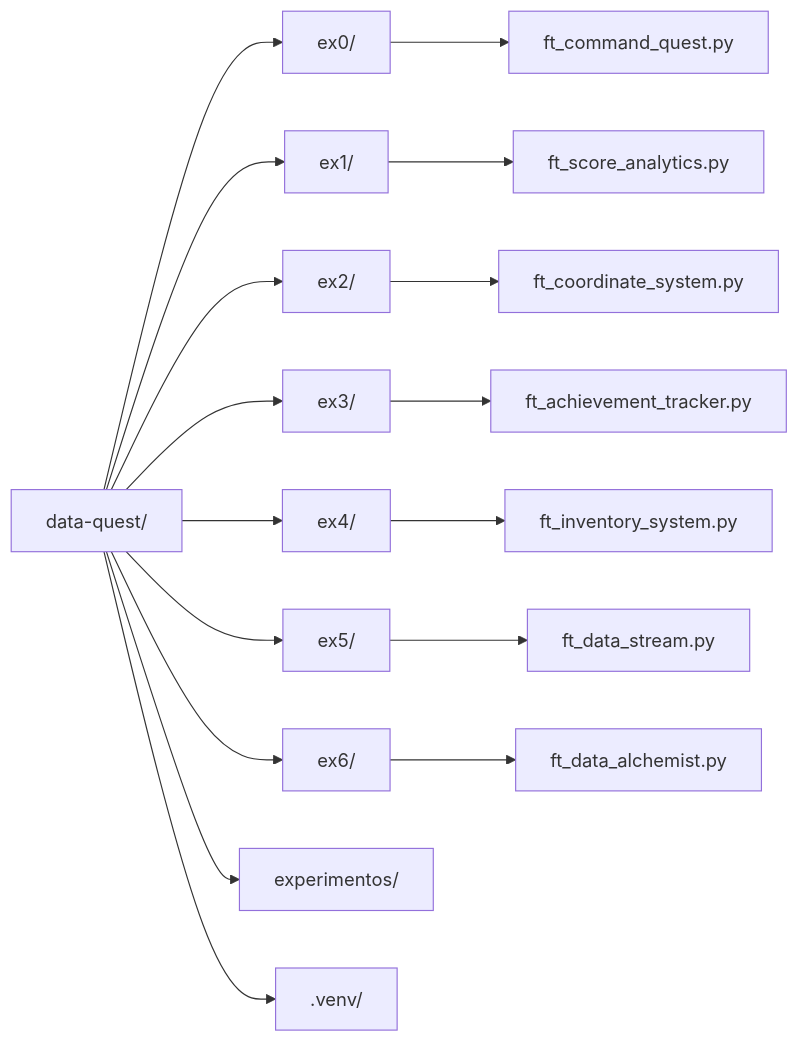
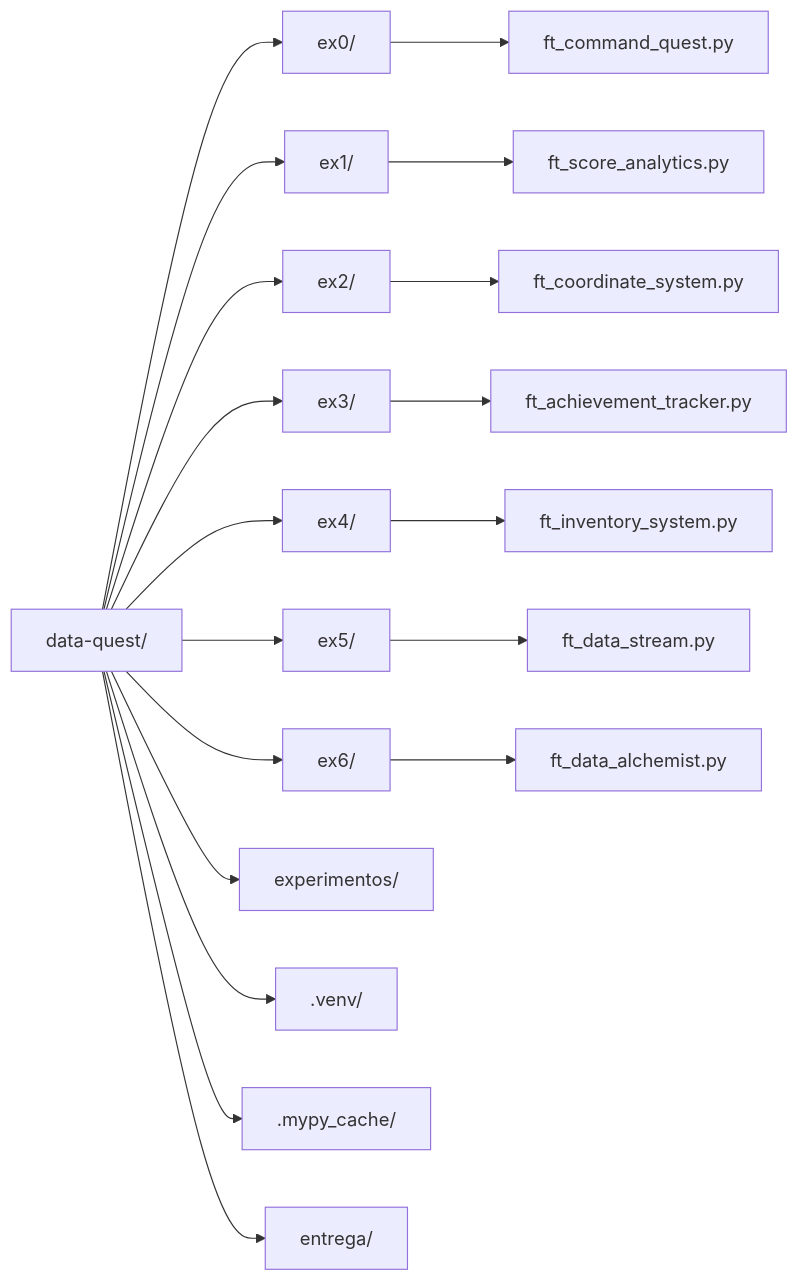
Before and after one commit to navegar-sistemas/dojo: the diagram in python/python-modulo-03/tutorial/docs/01-ambiente/02-a-pasta-do-projeto.md, drawn with Mermaid. The commit also changed other lines of this file and 329 other files, not shown here.

````diff
--- a/python/python-modulo-03/tutorial/docs/01-ambiente/02-a-pasta-do-projeto.md
+++ b/python/python-modulo-03/tutorial/docs/01-ambiente/02-a-pasta-do-projeto.md
@@ -30,13 +30,15 @@
 ```mermaid
 flowchart LR
     root["data-quest/"]
     root --> ex0["ex0/"] --> f0["ft_command_quest.py"]
     root --> ex1["ex1/"] --> f1["ft_score_analytics.py"]
     root --> ex2["ex2/"] --> f2["ft_coordinate_system.py"]
     root --> ex3["ex3/"] --> f3["ft_achievement_tracker.py"]
     root --> ex4["ex4/"] --> f4["ft_inventory_system.py"]
     root --> ex5["ex5/"] --> f5["ft_data_stream.py"]
     root --> ex6["ex6/"] --> f6["ft_data_alchemist.py"]
     root --> exp["experimentos/"]
     root --> venv[".venv/"]
+    root --> cache[".mypy_cache/"]
+    root --> entrega["entrega/"]
 ```
````
